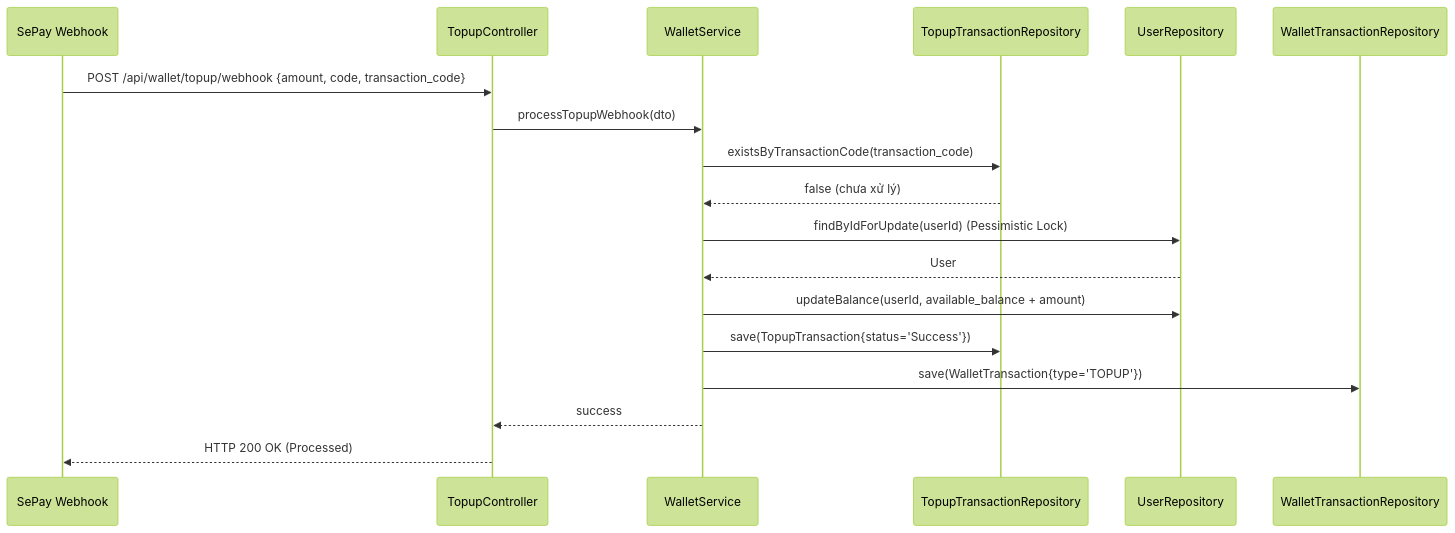
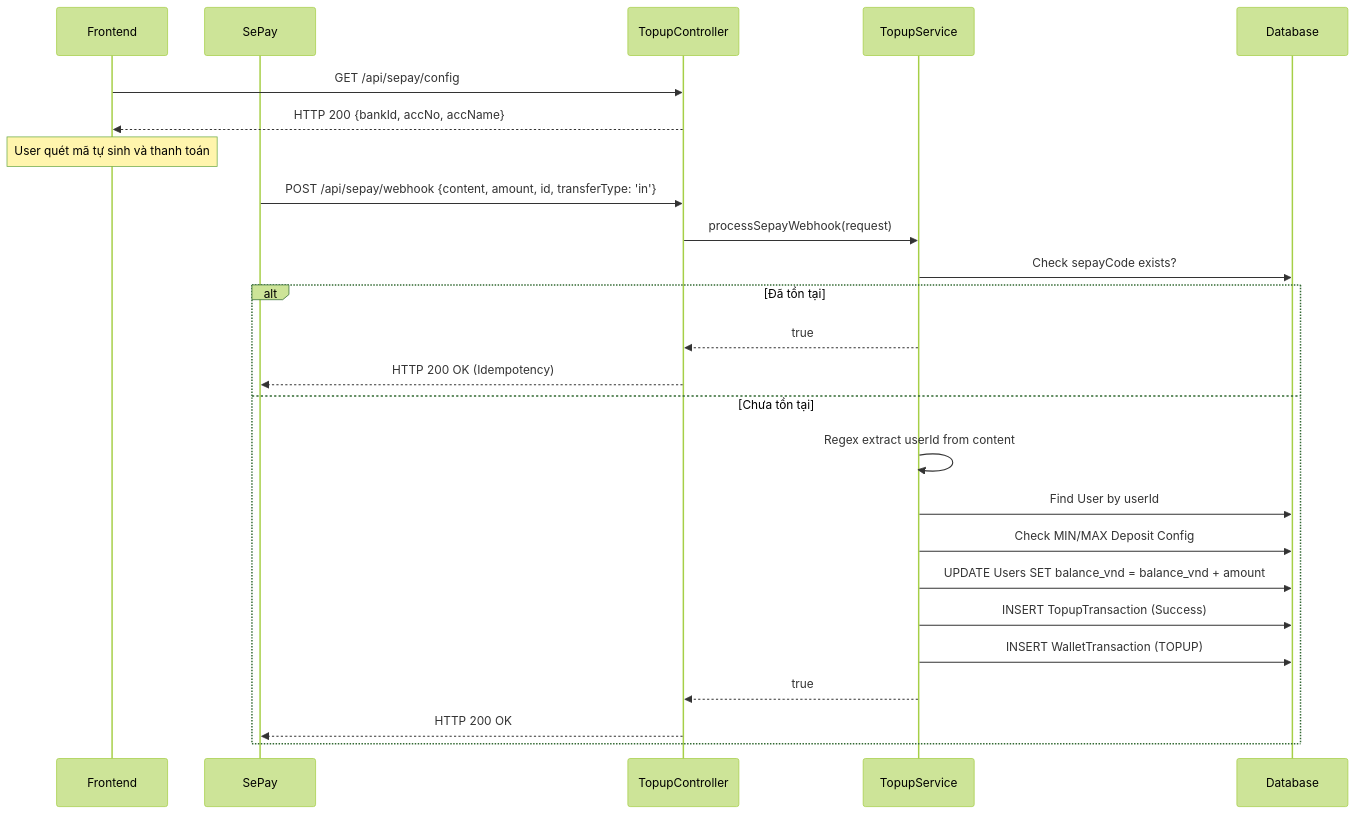
Before and after one commit to Vietanh1712/mmo-system: the diagram in MMO_Market/MMO_Market (3)/MMO_Market/.sdd/specs/backend/feat-wallet/UC-07-wallet-topup.md, drawn with Mermaid (forest theme). The commit also changed other lines of this file and 15 other files, not shown here.

````diff
--- a/MMO_Market/MMO_Market (3)/MMO_Market/.sdd/specs/backend/feat-wallet/UC-07-wallet-topup.md
+++ b/MMO_Market/MMO_Market (3)/MMO_Market/.sdd/specs/backend/feat-wallet/UC-07-wallet-topup.md
@@ -107,22 +87,28 @@
 ```mermaid
 sequenceDiagram
-    participant SP as SePay Webhook
+    participant FE as Frontend
+    participant SC as SePay
     participant TC as TopupController
-    participant WS as WalletService
-    participant TTR as TopupTransactionRepository
-    participant UR as UserRepository
-    participant WTR as WalletTransactionRepository
+    participant TS as TopupService
+    participant DB as Database
 
-    SP->>TC: POST /api/wallet/topup/webhook {amount, code, transaction_code}
-    TC->>WS: processTopupWebhook(dto)
-    WS->>TTR: existsByTransactionCode(transaction_code)
-    TTR-->>WS: false (chưa xử lý)
-    
-    WS->>UR: findByIdForUpdate(userId) (Pessimistic Lock)
-    UR-->>WS: User
-    WS->>UR: updateBalance(userId, available_balance + amount)
-    WS->>TTR: save(TopupTransaction{status='Success'})
-    WS->>WTR: save(WalletTransaction{type='TOPUP'})
-    WS-->>TC: success
-    TC-->>SP: HTTP 200 OK (Processed)
+    FE->>TC: GET /api/sepay/config
+    TC-->>FE: HTTP 200 {bankId, accNo, accName}
+    Note over FE: User quét mã tự sinh và thanh toán
+    SC->>TC: POST /api/sepay/webhook {content, amount, id, transferType: 'in'}
+    TC->>TS: processSepayWebhook(request)
+    TS->>DB: Check sepayCode exists?
+    alt Đã tồn tại
+        TS-->>TC: true
+        TC-->>SC: HTTP 200 OK (Idempotency)
+    else Chưa tồn tại
+        TS->>TS: Regex extract userId from content
+        TS->>DB: Find User by userId
+        TS->>DB: Check MIN/MAX Deposit Config
+        TS->>DB: UPDATE Users SET balance_vnd = balance_vnd + amount
+        TS->>DB: INSERT TopupTransaction (Success)
+        TS->>DB: INSERT WalletTransaction (TOPUP)
+        TS-->>TC: true
+        TC-->>SC: HTTP 200 OK
+    end
 ```
````
